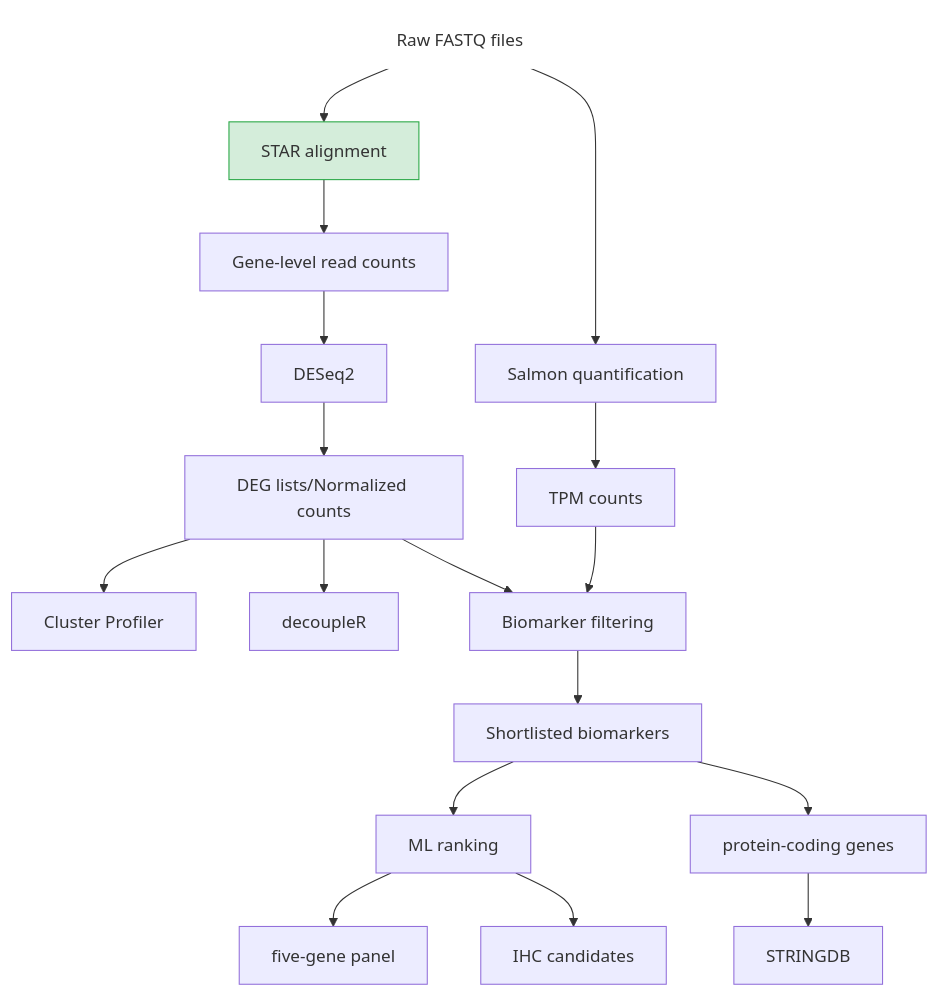
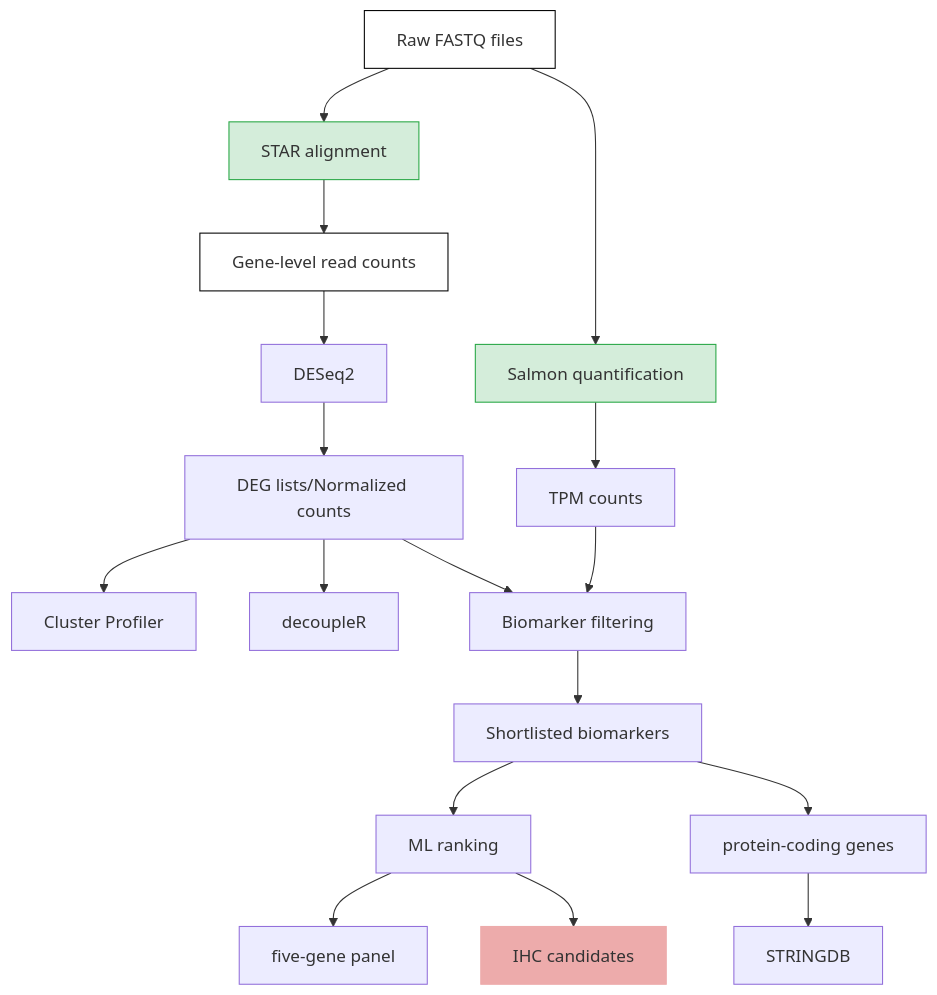
One commit to tudumanne/BulkRNAseq_Barretts changed the diagram in README.md. Above: the diagram before and after it, drawn with Mermaid.

Commit message:
Updated main workflow diagram

````diff
--- a/README.md
+++ b/README.md
@@ -15,24 +15,24 @@
 ``` mermaid
 graph TD; 
     classDef method fill:#d4edda,stroke:#28a745;
-    classDef input fill:#ffffff,stroke:#ffffff;
-    classDef output1 fill:#ffffff,stroke:#ffffff;
+    classDef input fill:#ffffff,stroke:#000000;
+    classDef output1 fill:#ffffff,stroke:#000000;
     classDef output2 fill:#edabab,stroke:#edabab;
     
     A[Raw FASTQ files]:::input-->B[STAR alignment]:::method;
-    A-->C[Salmon quantification];
-    B-->D[Gene-level read counts];
+    A-->C[Salmon quantification]:::method;
+    B-->D[Gene-level read counts]:::output1;
     D-->E[DESeq2];
     E-->F[DEG lists/Normalized counts];
     F-->G[Cluster Profiler];
     F-->H[decoupleR]; 
     C-->I[TPM counts];
     F-->J[Biomarker filtering];
     I-->J;
     J-->K[Shortlisted biomarkers]
     K-->L[ML ranking];
     K-->M[protein-coding genes]
     M-->N[STRINGDB];
     L-->O[five-gene panel];
-    L-->P[IHC candidates];
+    L-->P[IHC candidates]:::output2;
 ```
````
